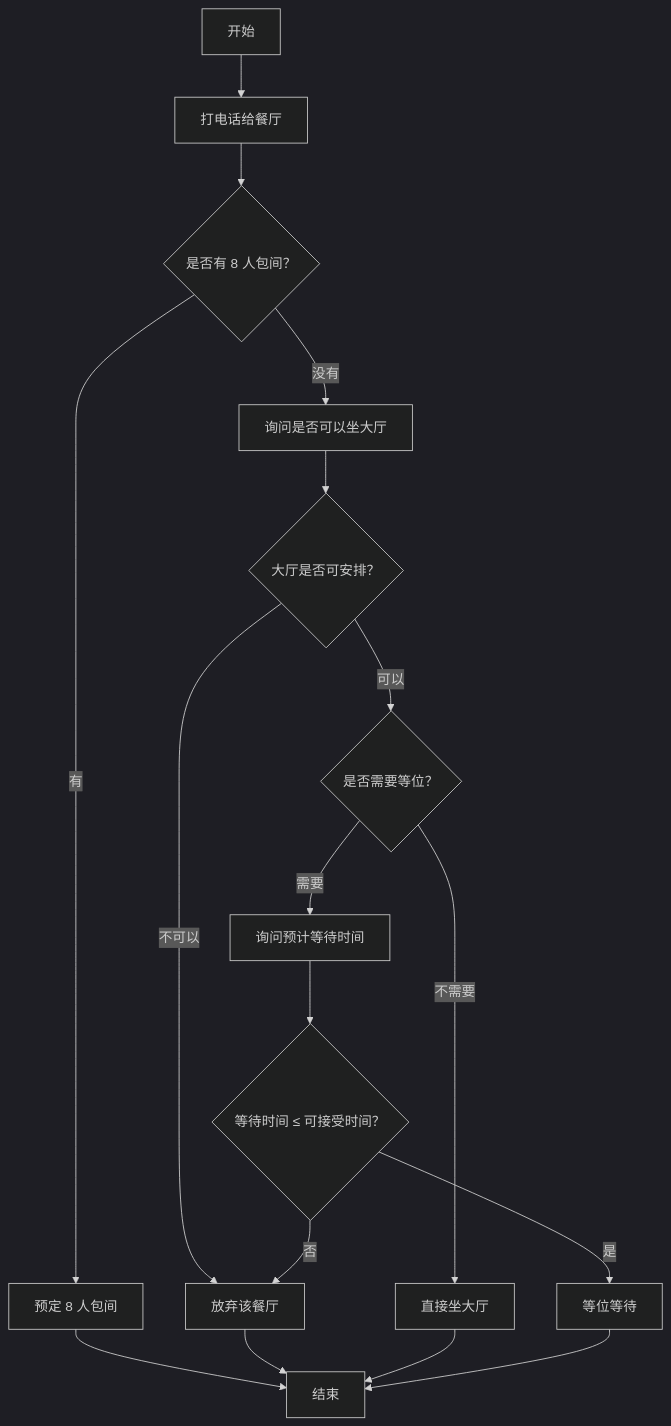
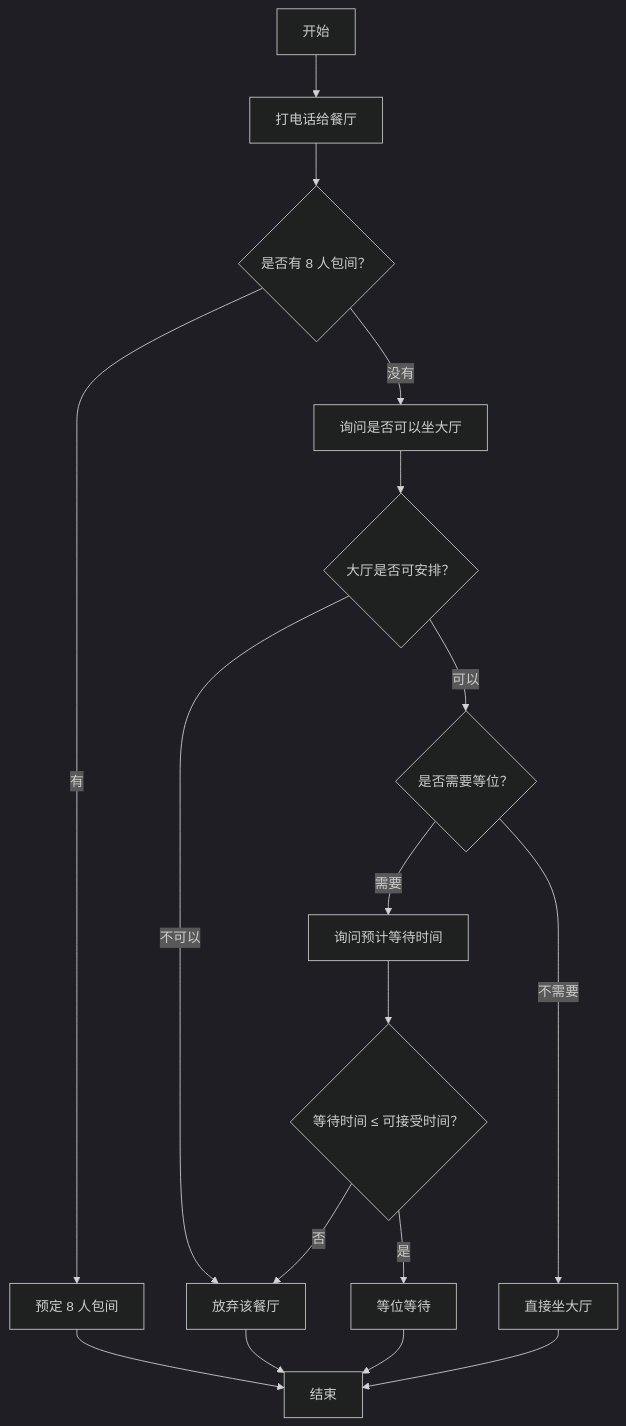
One commit to LiShuai1025/markdown changed the diagram in decision.md. Above: the diagram before and after it, drawn with Mermaid (dark theme).

````diff
--- a/decision.md
+++ b/decision.md
@@ -1,29 +1,27 @@
 ```mermaid
 flowchart TD
     A[开始] --> B[打电话给餐厅]
     B --> C{是否有 8 人包间？}
 
     C -- 有 --> D[预定 8 人包间]
     D --> Z[结束]
 
     C -- 没有 --> E[询问是否可以坐大厅]
     E --> F{大厅是否可安排？}
 
     F -- 不可以 --> Y[放弃该餐厅]
     Y --> Z
 
     F -- 可以 --> G{是否需要等位？}
 
-    G -- 不需要 --> H[直接坐大厅]
-    H --> Z
-
     G -- 需要 --> I[询问预计等待时间]
     I --> J{等待时间 ≤ 可接受时间？}
 
     J -- 是 --> K[等位等待]
+    J -- 否 --> Y
+
     K --> Z
 
-    J -- 否 --> Y
-
-
+    G -- 不需要 --> H[直接坐大厅]
+    H --> Z
 ```
````
